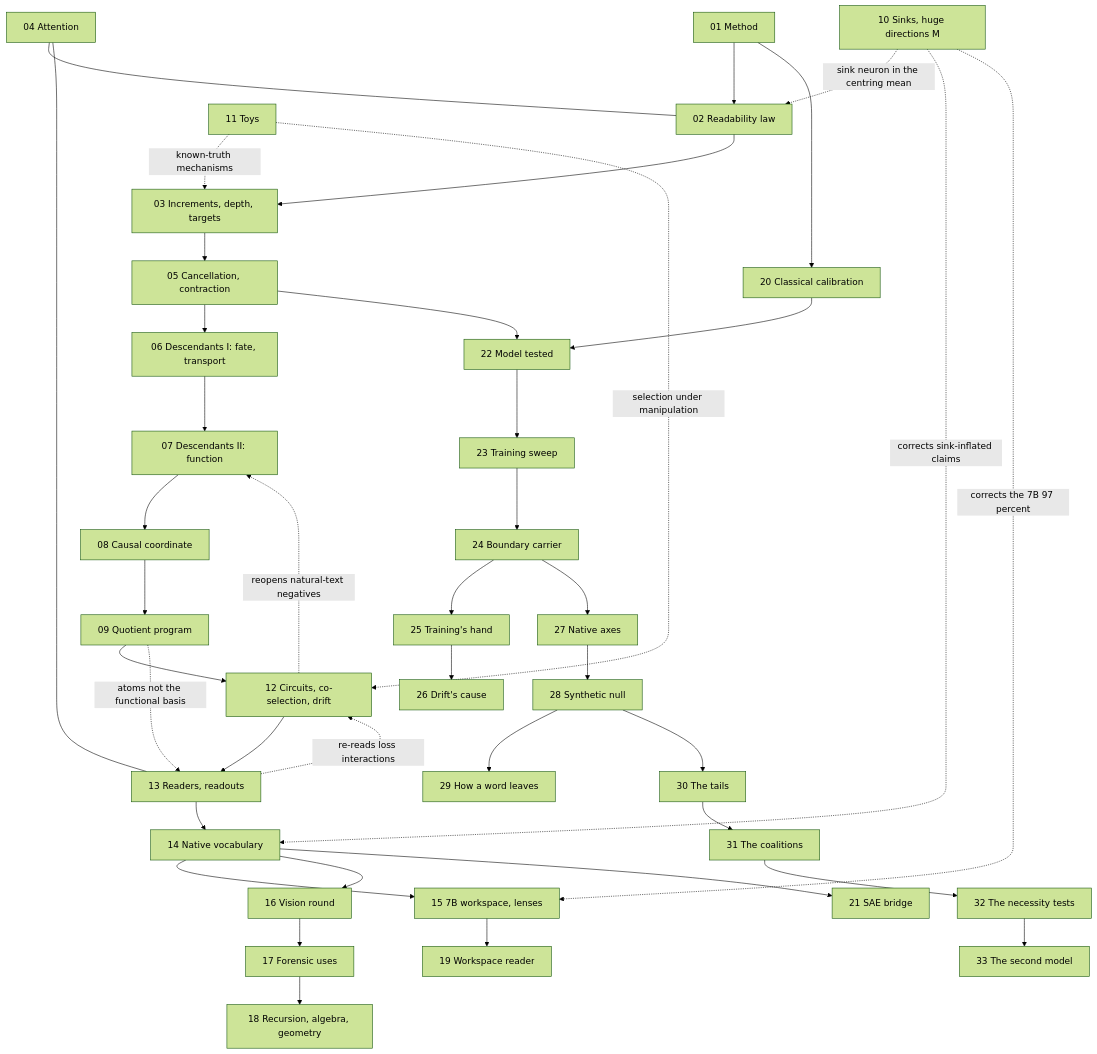
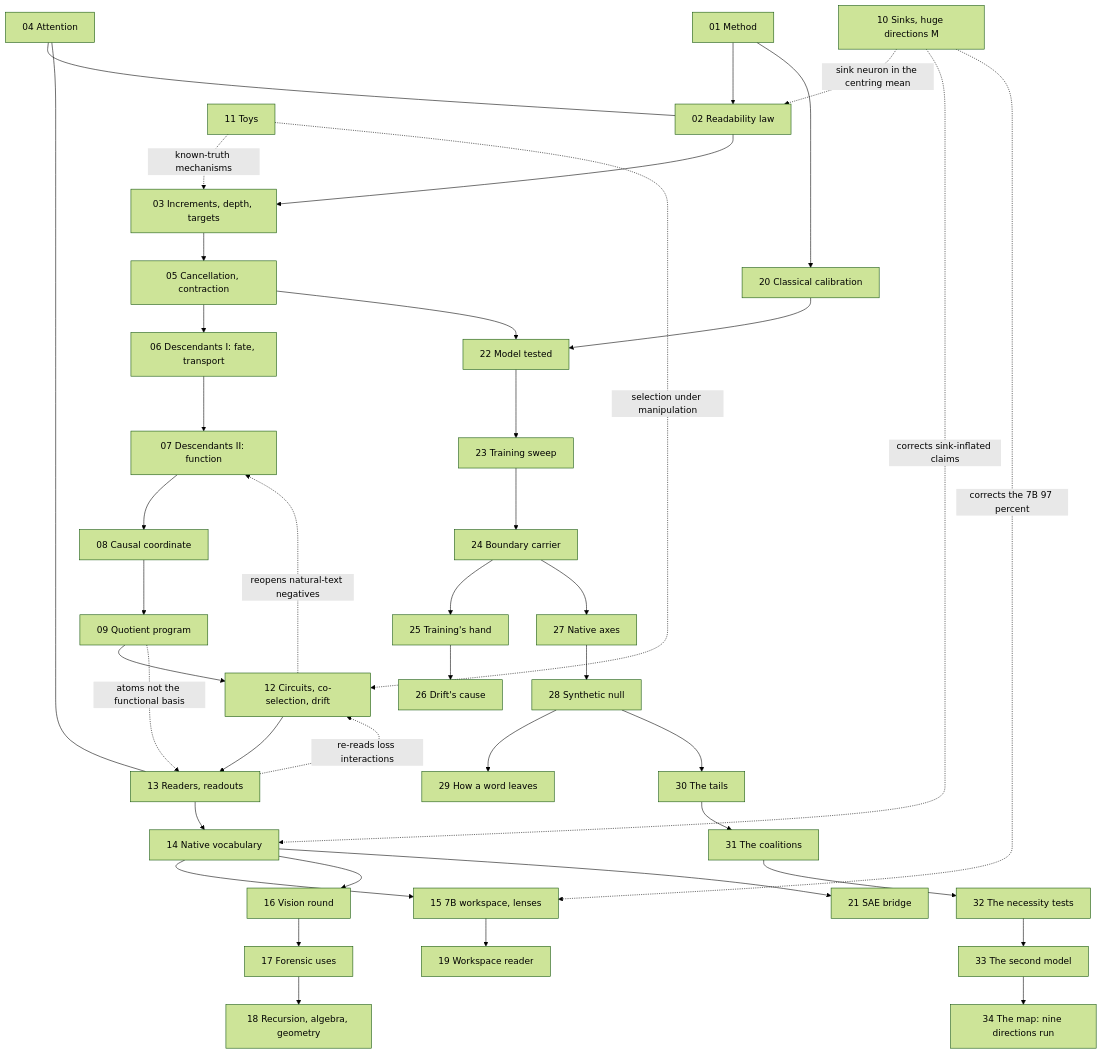
The diagram in docs/ATLAS.md (sunmoonron/wdd-descendants), drawn with Mermaid (forest theme) before and after one commit. The commit also changed other lines of this file and 51 other files, not shown here.

First line of the commit message:
Phase 3bn: the map's nine open directions run in one session (e556-e564, atlas area 34)

````diff
--- a/docs/ATLAS.md
+++ b/docs/ATLAS.md
@@ -84,43 +85,44 @@
 ```mermaid
 flowchart TD
   A01["01 Method"] --> A02["02 Readability law"]
   A02 --> A03["03 Increments, depth, targets"]
   A03 --> A05["05 Cancellation, contraction"]
   A05 --> A06["06 Descendants I: fate, transport"]
   A06 --> A07["07 Descendants II: function"]
   A07 --> A08["08 Causal coordinate"]
   A08 --> A09["09 Quotient program"]
   A09 --> A12["12 Circuits, co-selection, drift"]
   A12 --> A13["13 Readers, readouts"]
   A13 --> A14["14 Native vocabulary"]
   A14 --> A15["15 7B workspace, lenses"]
   A14 --> A16["16 Vision round"]
   A16 --> A17["17 Forensic uses"]
   A17 --> A18["18 Recursion, algebra, geometry"]
   A15 --> A19["19 Workspace reader"]
   A01 --> A20["20 Classical calibration"]
   A14 --> A21["21 SAE bridge"]
   A20 --> A22["22 Model tested"]
   A22 --> A23["23 Training sweep"]
   A23 --> A24["24 Boundary carrier"]
   A24 --> A25["25 Training's hand"]
   A25 --> A26["26 Drift's cause"]
   A24 --> A27["27 Native axes"]
   A27 --> A28["28 Synthetic null"]
   A28 --> A29["29 How a word leaves"]
   A28 --> A30["30 The tails"]
   A30 --> A31["31 The coalitions"]
   A31 --> A32["32 The necessity tests"]
   A32 --> A33["33 The second model"]
+  A33 --> A34["34 The map: nine directions run"]
   A05 --> A22
   A04["04 Attention"] --- A02
   A04 --- A13
   A10["10 Sinks, huge directions M"] -.->|sink neuron in the centring mean| A02
   A10 -.->|corrects sink-inflated claims| A14
   A10 -.->|corrects the 7B 97 percent| A15
   A11["11 Toys"] -.->|known-truth mechanisms| A03
   A11 -.->|selection under manipulation| A12
   A12 -.->|reopens natural-text negatives| A07
   A13 -.->|re-reads loss interactions| A12
   A09 -.->|atoms not the functional basis| A13
 ```
````
